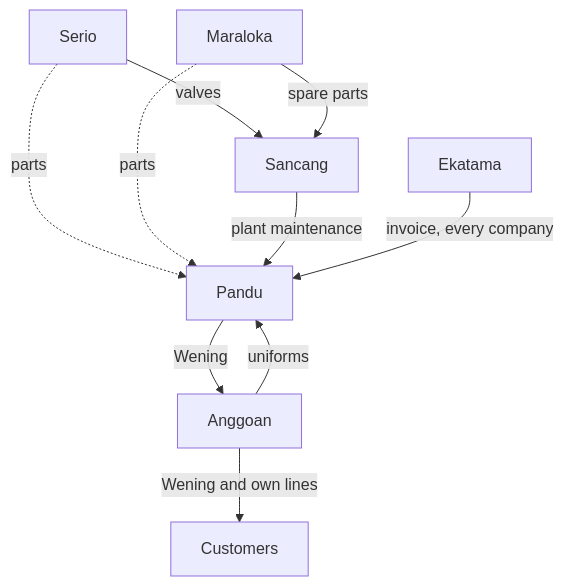
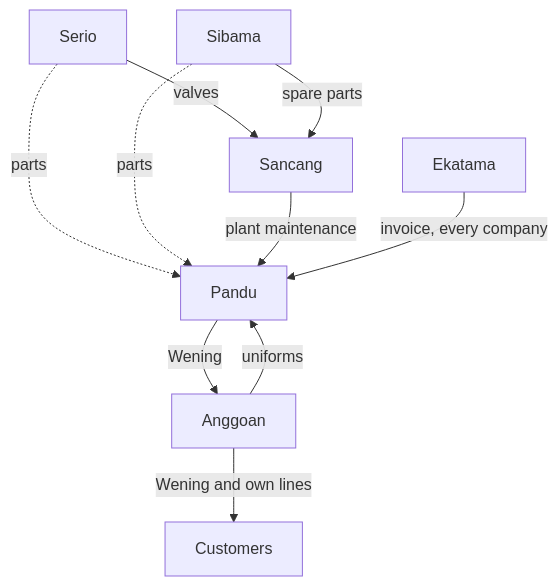
The diagram in Magang/Work/Projects/Holding ERP/Company Roles and Modules.md (jingaega/jingaega-brain), drawn with Mermaid before and after one commit. The commit also changed other lines of this file and 9 other files, not shown here.

````diff
--- a/Magang/Work/Projects/Holding ERP/Company Roles and Modules.md
+++ b/Magang/Work/Projects/Holding ERP/Company Roles and Modules.md
@@ -104,12 +104,12 @@
 ```mermaid
 flowchart TD
   Serio -->|valves| Sancang
-  Maraloka -->|spare parts| Sancang
+  Sibama -->|spare parts| Sancang
   Serio -.->|parts| Pandu
-  Maraloka -.->|parts| Pandu
+  Sibama -.->|parts| Pandu
   Sancang -->|plant maintenance| Pandu
   Ekatama -->|invoice, every company| Pandu
   Pandu -->|Wening| Anggoan
   Anggoan -->|uniforms| Pandu
   Anggoan -->|Wening and own lines| Customers
 ```
````
